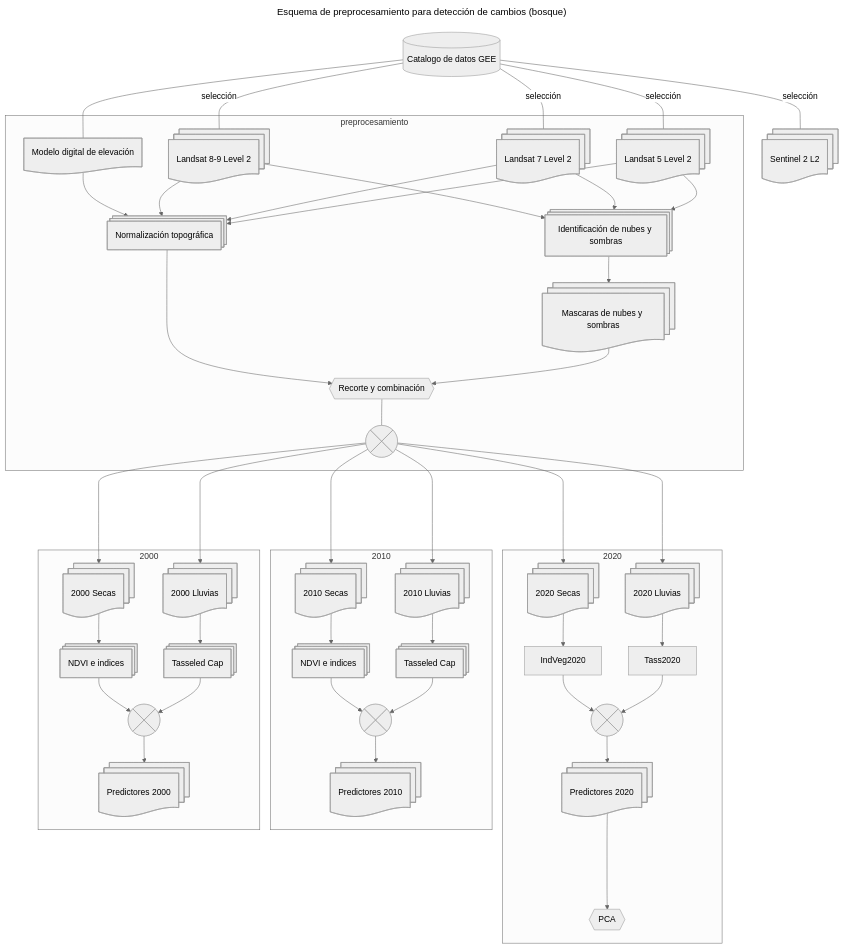
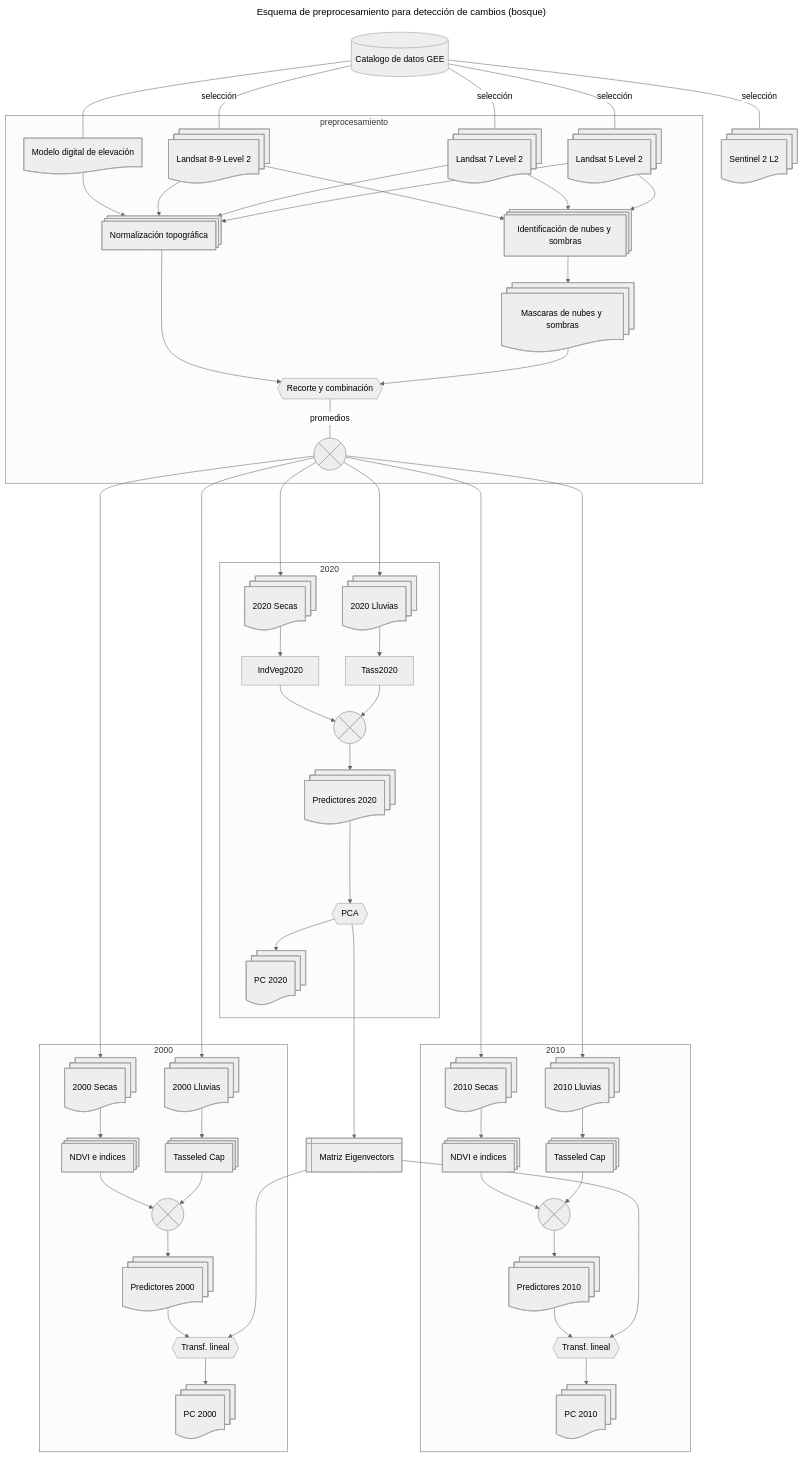
One commit to vshalisko/GEE changed the diagram in ANPs/Esquema_preprocesamiento.mermaid. Above: the diagram before and after it, drawn with Mermaid (neutral theme).

```diff
--- a/ANPs/Esquema_preprocesamiento.mermaid
+++ b/ANPs/Esquema_preprocesamiento.mermaid
@@ -1,95 +1,112 @@
 ---
 title: Esquema de preprocesamiento para detección de cambios (bosque)
 ---
 flowchart TD
     gee1[(Catalogo de datos GEE)]
     Landsat8@{ shape: docs, label: Landsat 8-9 Level 2}
     Landsat7@{ shape: docs, label: Landsat 7 Level 2}
     Landsat5@{ shape: docs, label: Landsat 5 Level 2}
     Sentinel2@{ shape: docs, label: Sentinel 2 L2}
     MDE@{ shape: doc, label: Modelo digital de elevación}
     
     INS@{ shape: procs, label: "Identificación de nubes y sombras"}
     MNS@{ shape: docs, label: "Mascaras de nubes y sombras"}
     NT@{ shape: procs, label: "Normalización topográfica"}
     Combinacion1@{ shape: hex, label: "Recorte y combinación" }
     Combinacion2@{ shape: cross-circ, label: "Promedios de bandas" }
 
     BSecas2000@{ shape: docs, label: 2000 Secas}
     BLluvias2000@{ shape: docs, label: 2000 Lluvias}
     BSecas2010@{ shape: docs, label: 2010 Secas}
     BLluvias2010@{ shape: docs, label: 2010 Lluvias}
     BSecas2020@{ shape: docs, label: 2020 Secas}
     BLluvias2020@{ shape: docs, label: 2020 Lluvias}
 
     IndVeg2000@{ shape: procs, label: "NDVI e indices"}
     IndVeg2010@{ shape: procs, label: "NDVI e indices"}
     IndVeg2010@{ shape: procs, label: "NDVI e indices"}
     Tass2000@{ shape: procs, label: "Tasseled Cap"}
     Tass2010@{ shape: procs, label: "Tasseled Cap"}
     Tass2010@{ shape: procs, label: "Tasseled Cap"}
 
     Comb2000@{ shape: cross-circ, label: "Combinación" }
     Comb2010@{ shape: cross-circ, label: "Combinación" }
     Comb2020@{ shape: cross-circ, label: "Combinación" }
 
     Capas2000@{ shape: docs, label: Predictores 2000}
     Capas2010@{ shape: docs, label: Predictores 2010}
     Capas2020@{ shape: docs, label: Predictores 2020}
 
     PCA2020@{ shape: hex, label: "PCA"}
+    TL2000@{ shape: hex, label: "Transf. lineal"}
+    TL2010@{ shape: hex, label: "Transf. lineal"}
+
+    CapasPCA2000@{ shape: docs, label: PC 2000}
+    CapasPCA2010@{ shape: docs, label: PC 2010}
+    CapasPCA2020@{ shape: docs, label: PC 2020}
+
+    Eigenvectors@{ shape: win-pane, label: "Matriz Eigenvectors" }
 
     gee1---|selección|Landsat8
     gee1---|selección|Landsat7
     gee1---|selección|Landsat5
     gee1---|selección|Sentinel2
     gee1---MDE
 
     subgraph preprocesamiento
         Landsat8-->INS
         Landsat7-->INS
         Landsat5-->INS
 
         MDE-->NT
         Landsat8-->NT
         Landsat7-->NT
         Landsat5-->NT
 
         INS-->MNS
         NT-->Combinacion1
         MNS-->Combinacion1
-        Combinacion1---Combinacion2
+        Combinacion1---|promedios|Combinacion2
         
     end
 
     Combinacion2---->BSecas2000
     Combinacion2---->BLluvias2000
     Combinacion2---->BSecas2010
     Combinacion2---->BLluvias2010
     Combinacion2---->BSecas2020
     Combinacion2---->BLluvias2020
 
     subgraph 2000
         BSecas2000-->IndVeg2000
         BLluvias2000-->Tass2000
         IndVeg2000-->Comb2000
         Tass2000-->Comb2000
         Comb2000-->Capas2000
+        Capas2000-->TL2000
+        TL2000-->CapasPCA2000
     end
 
     subgraph 2010
         BSecas2010-->IndVeg2010
         BLluvias2010-->Tass2010
         IndVeg2010-->Comb2010
         Tass2010-->Comb2010
         Comb2010-->Capas2010
+        Capas2010-->TL2010
+        TL2010-->CapasPCA2010
     end
 
     subgraph 2020
         BSecas2020-->IndVeg2020
         BLluvias2020-->Tass2020
         IndVeg2020-->Comb2020
         Tass2020-->Comb2020
         Comb2020-->Capas2020
         Capas2020---->PCA2020
+        PCA2020-->CapasPCA2020
     end
+
+    PCA2020---->Eigenvectors
+    Eigenvectors---->TL2000
+    Eigenvectors---->TL2010
```
